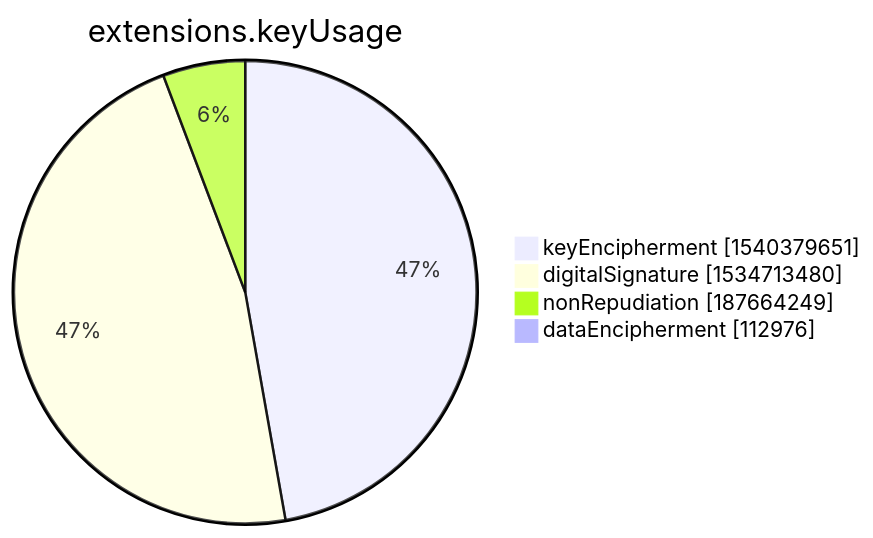
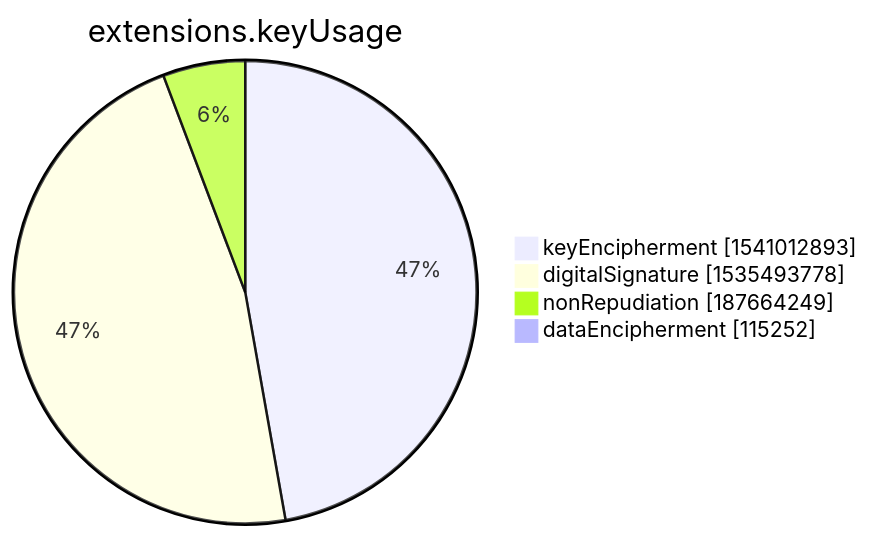
The seventh of 15 diagrams in xenon2022/README.md (christiankrug/ctmonitor_visualization), drawn with Mermaid before and after one commit. The commit also changed other lines of this file, not shown here.

````diff
--- a/xenon2022/README.md
+++ b/xenon2022/README.md
@@ -2849,8 +2849,8 @@
 ```mermaid
 pie showData
 title extensions.keyUsage
-"keyEncipherment" :1540379651
-"digitalSignature" :1534713480
+"keyEncipherment" :1541012893
+"digitalSignature" :1535493778
 "nonRepudiation" :187664249
-"dataEncipherment" :112976
+"dataEncipherment" :115252
 ```
````
